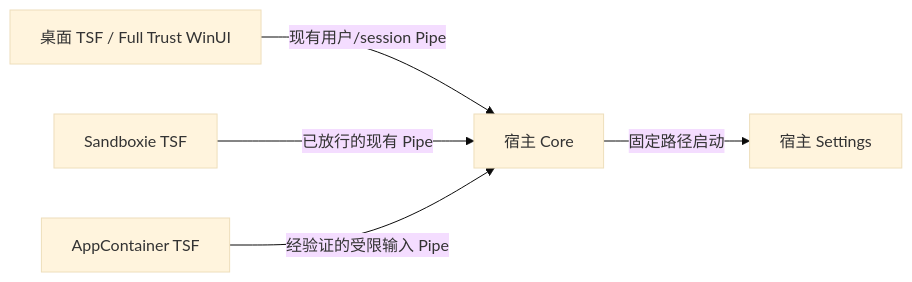
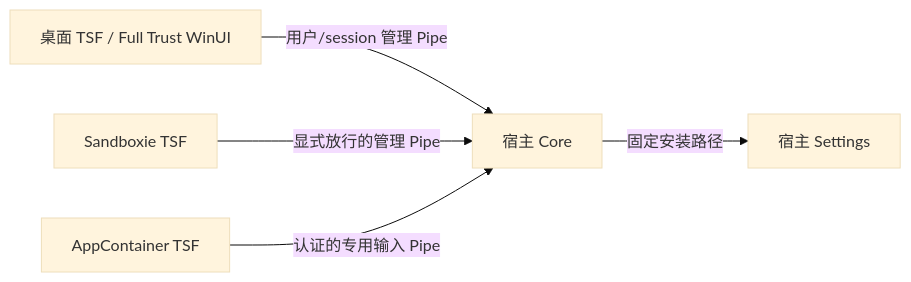
The diagram in docs/windows-modern-apps-design.md (WAAutoMaton/fcitx5-windows), drawn with Mermaid (base theme) before and after one commit. The commit also changed other lines of this file and 11 other files, not shown here.

````diff
--- a/docs/windows-modern-apps-design.md
+++ b/docs/windows-modern-apps-design.md
@@ -98,7 +30,7 @@
 ```mermaid
 flowchart LR
-    Desktop[桌面 TSF / Full Trust WinUI] -->|现有用户/session Pipe| Core[宿主 Core]
-    Sandbox[Sandboxie TSF] -->|已放行的现有 Pipe| Core
-    App[AppContainer TSF] -->|经验证的受限输入 Pipe| Core
-    Core -->|固定路径启动| Settings[宿主 Settings]
+    Desktop[桌面 TSF / Full Trust WinUI] -->|用户/session 管理 Pipe| Core[宿主 Core]
+    Sandbox[Sandboxie TSF] -->|显式放行的管理 Pipe| Core
+    App[AppContainer TSF] -->|认证的专用输入 Pipe| Core
+    Core -->|固定安装路径| Settings[宿主 Settings]
 ```
````
